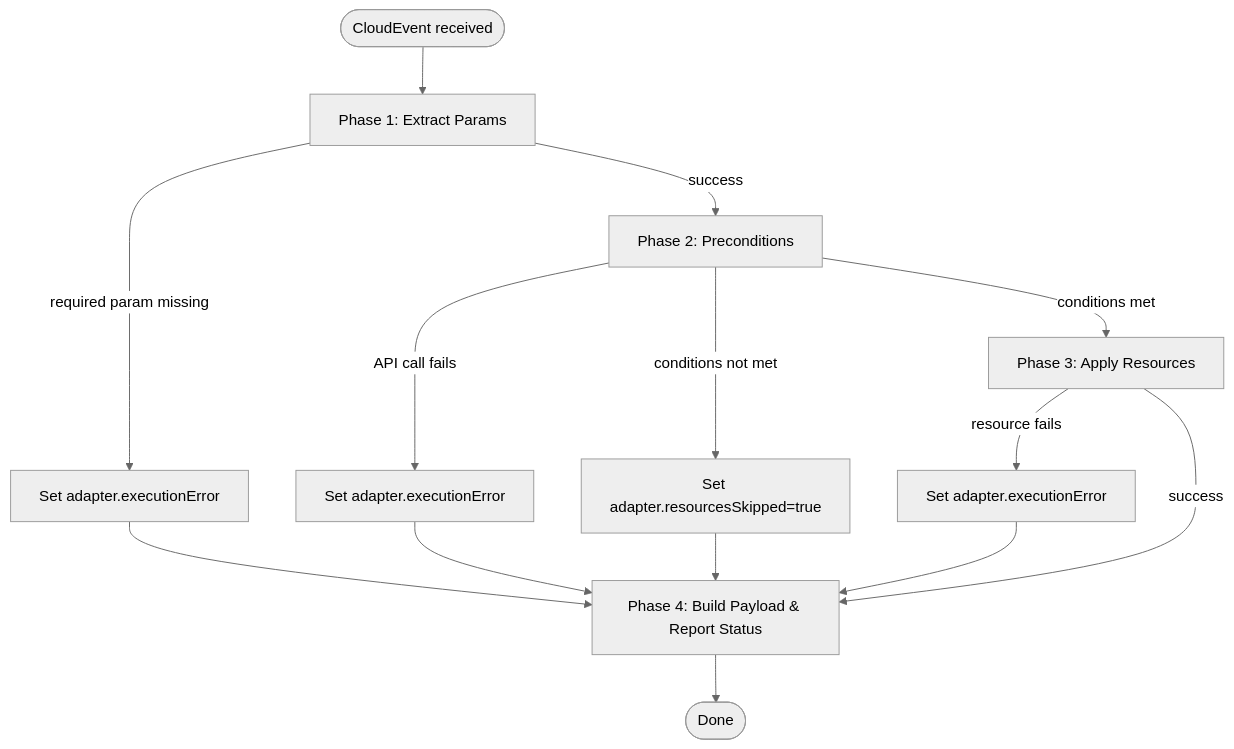
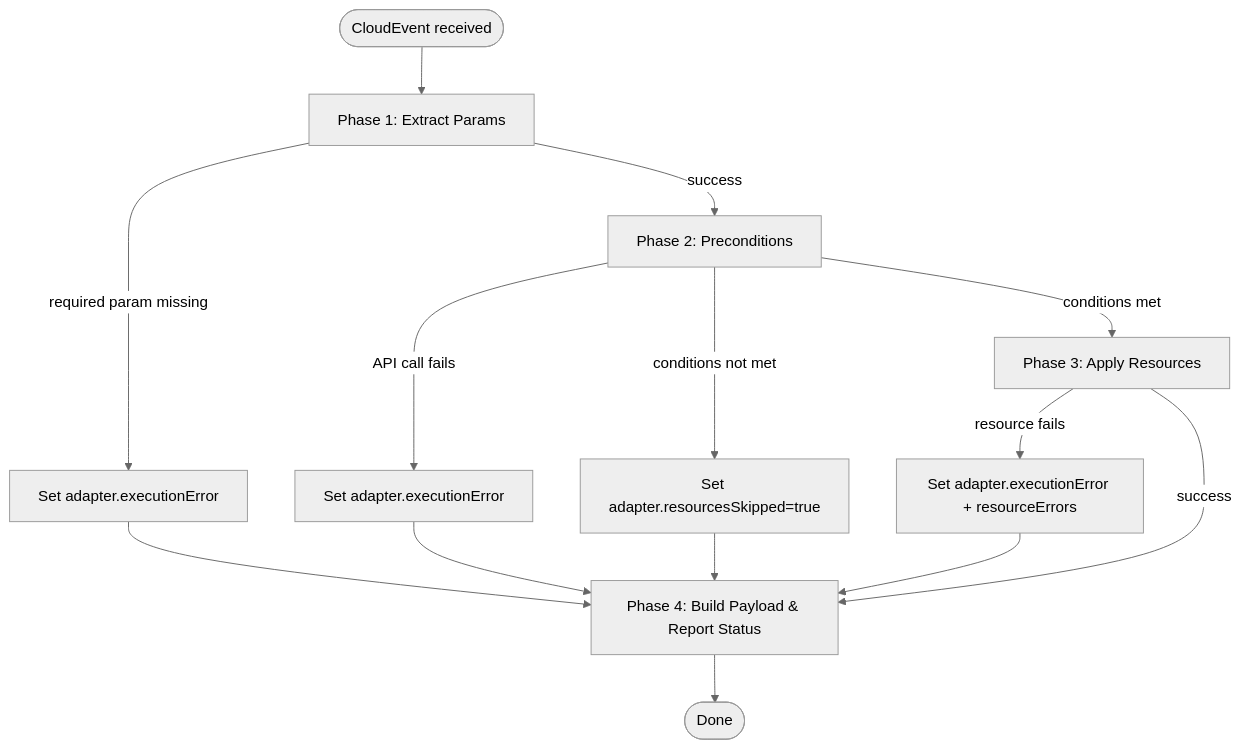
One commit to ma-hill/hyperfleet-adapter changed the third of 4 diagrams in docs/adapter-authoring-guide.md. Above: the diagram before and after it, drawn with Mermaid (neutral theme). The commit also changed other lines of this file and 57 other files, not shown here.

````diff
--- a/docs/adapter-authoring-guide.md
+++ b/docs/adapter-authoring-guide.md
@@ -139,17 +139,17 @@
 ```mermaid
 flowchart TD
     START([CloudEvent received]) --> PARAMS[Phase 1: Extract Params]
     PARAMS -->|required param missing| FAIL_PARAMS[Set adapter.executionError]
     FAIL_PARAMS --> POST
     PARAMS -->|success| PRECOND[Phase 2: Preconditions]
     PRECOND -->|API call fails| FAIL_PRECOND[Set adapter.executionError]
     FAIL_PRECOND --> POST
     PRECOND -->|conditions not met| SKIP[Set adapter.resourcesSkipped=true]
     SKIP --> POST
     PRECOND -->|conditions met| RESOURCES[Phase 3: Apply Resources]
-    RESOURCES -->|resource fails| FAIL_RES[Set adapter.executionError]
+    RESOURCES -->|resource fails| FAIL_RES[Set adapter.executionError + resourceErrors]
     FAIL_RES --> POST
     RESOURCES -->|success| POST
     POST[Phase 4: Build Payload & Report Status]
     POST --> DONE([Done])
 ```
````
